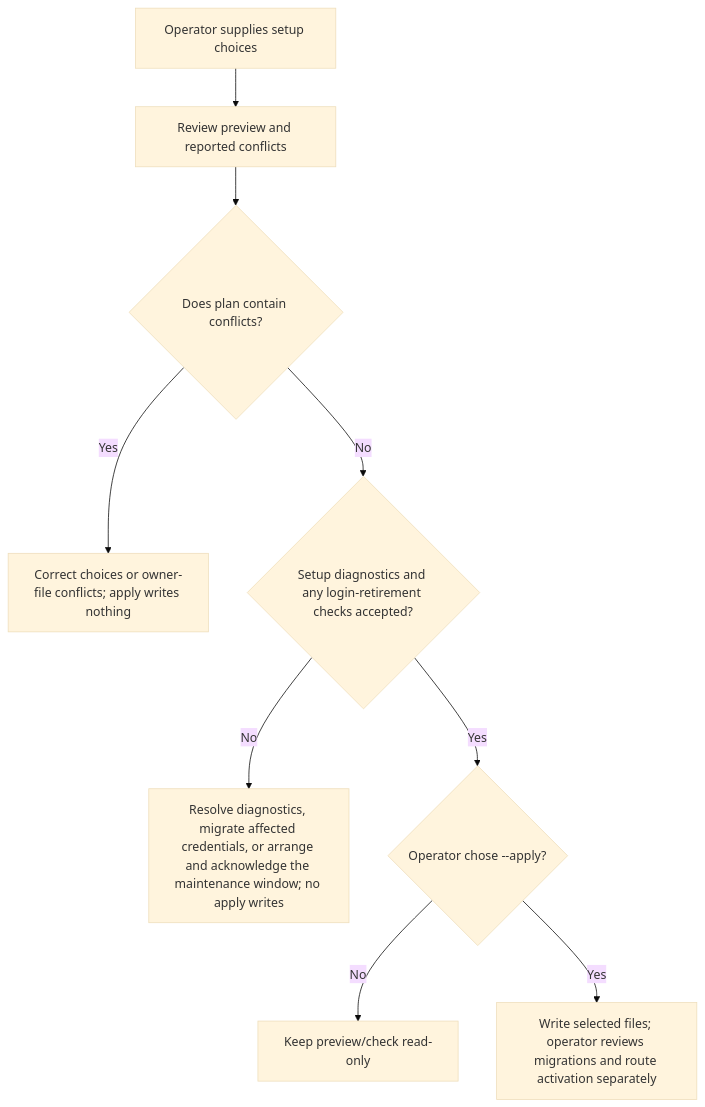
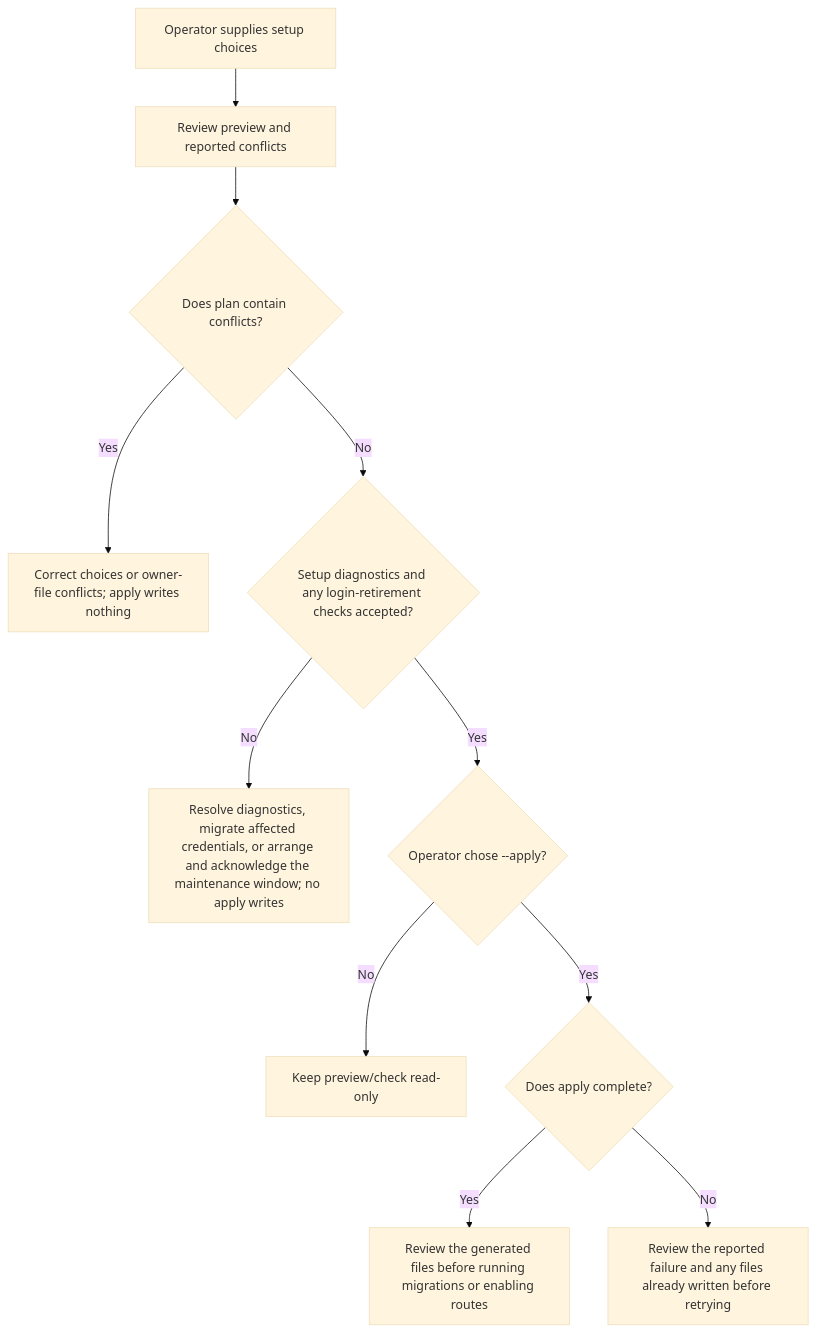
Before and after one commit to Kevinjohn/oss-adonisjs-account-kit: the first of 2 diagrams in user-stories/US-ACCOUNT-31-configure-account-kit.md, drawn with Mermaid (base theme). The commit also changed other lines of this file and 70 other files, not shown here.

````diff
--- a/user-stories/US-ACCOUNT-31-configure-account-kit.md
+++ b/user-stories/US-ACCOUNT-31-configure-account-kit.md
@@ -23,11 +23,13 @@
 ```mermaid
 flowchart TD
  A["Operator supplies setup choices"] --> B["Review preview and reported conflicts"]
  B --> C{"Does plan contain conflicts?"}
  C -->|Yes| D["Correct choices or owner-file conflicts; apply writes nothing"]
  C -->|No| R{"Setup diagnostics and any login-retirement checks accepted?"}
  R -->|No| H["Resolve diagnostics, migrate affected credentials, or arrange and acknowledge the maintenance window; no apply writes"]
  R -->|Yes| E{"Operator chose --apply?"}
  E -->|No| F["Keep preview/check read-only"]
- E -->|Yes| G["Write selected files; operator reviews migrations and route activation separately"]
+ E -->|Yes| J{"Does apply complete?"}
+ J -->|Yes| G["Review the generated files before running migrations or enabling routes"]
+ J -->|No| I["Review the reported failure and any files already written before retrying"]
 ```
````
